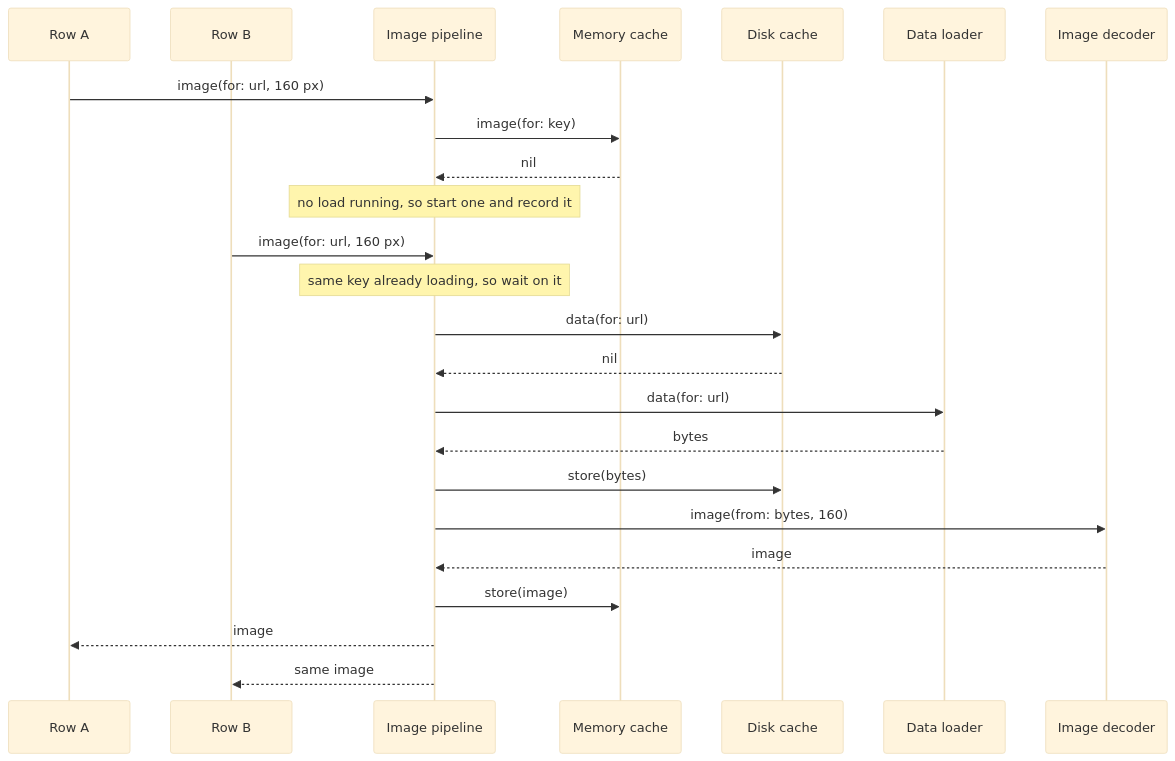
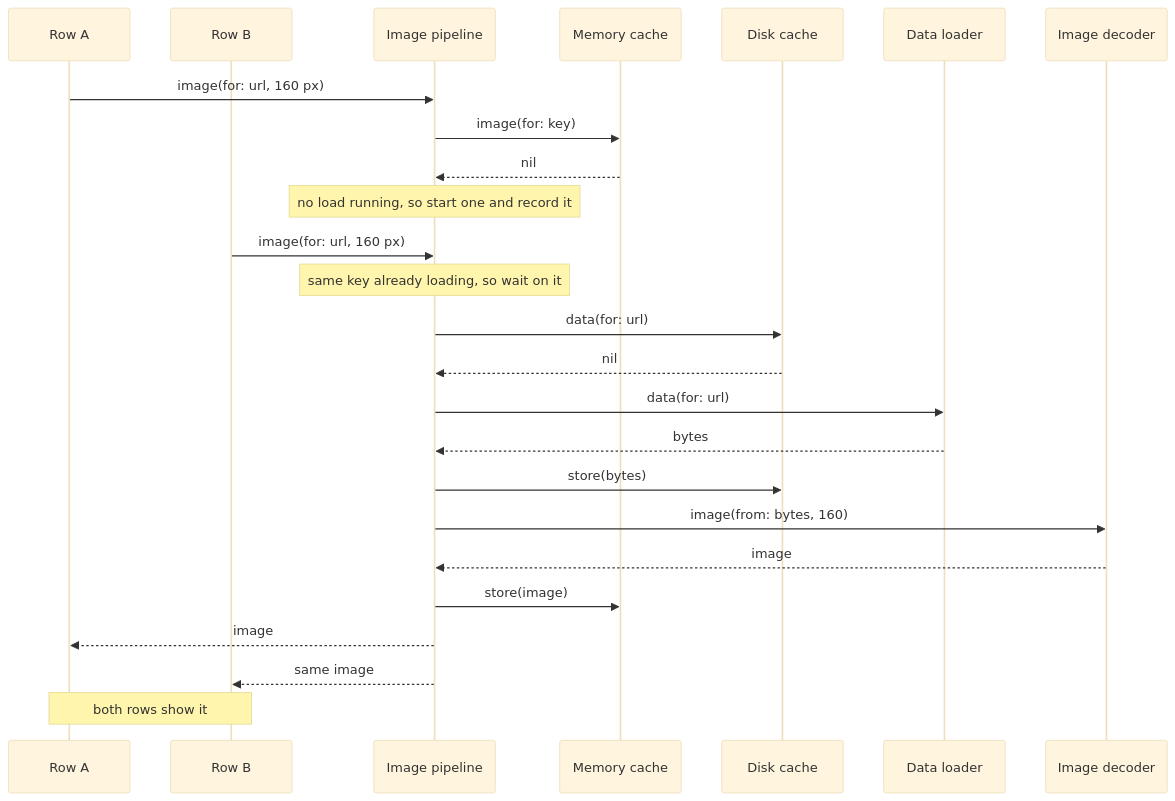
One commit to rezabina86/reference-desk changed the second of 2 diagrams in topics/system-design/01-image-loading-and-caching-library.md. Above: the diagram before and after it, drawn with Mermaid (base theme). The commit also changed other lines of this file and 4 other files, not shown here.

````diff
--- a/topics/system-design/01-image-loading-and-caching-library.md
+++ b/topics/system-design/01-image-loading-and-caching-library.md
@@ -345,26 +349,27 @@
 ```mermaid
 sequenceDiagram
   participant A as Row A
   participant B as Row B
   participant P as Image pipeline
   participant M as Memory cache
   participant D as Disk cache
   participant L as Data loader
   participant X as Image decoder
   A->>P: image(for: url, 160 px)
   P->>M: image(for: key)
   M-->>P: nil
   Note over P: no load running, so start one and record it
   B->>P: image(for: url, 160 px)
   Note over P: same key already loading, so wait on it
   P->>D: data(for: url)
   D-->>P: nil
   P->>L: data(for: url)
   L-->>P: bytes
   P->>D: store(bytes)
   P->>X: image(from: bytes, 160)
   X-->>P: image
   P->>M: store(image)
   P-->>A: image
   P-->>B: same image
+  Note over A,B: both rows show it
 ```
````
